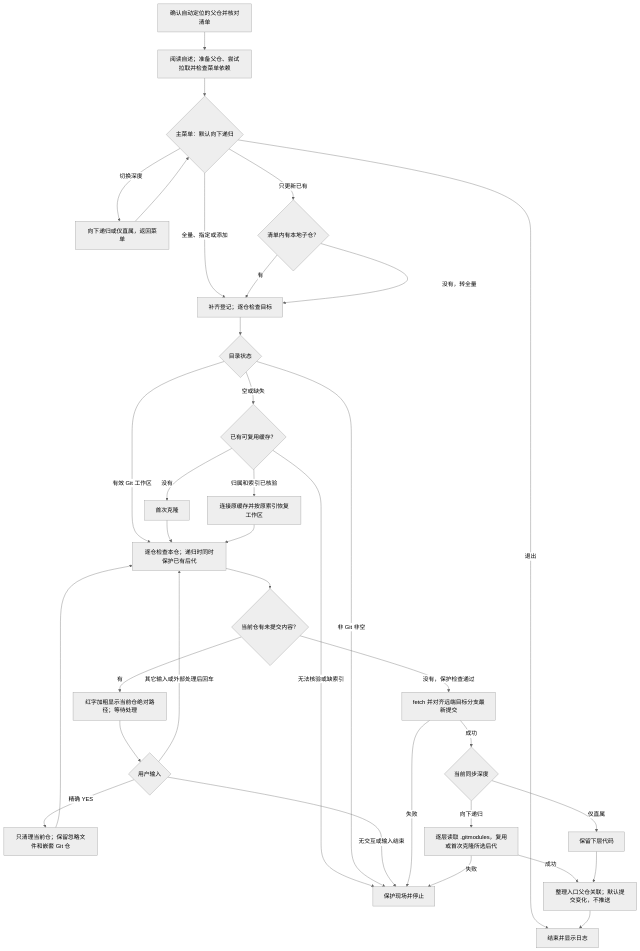
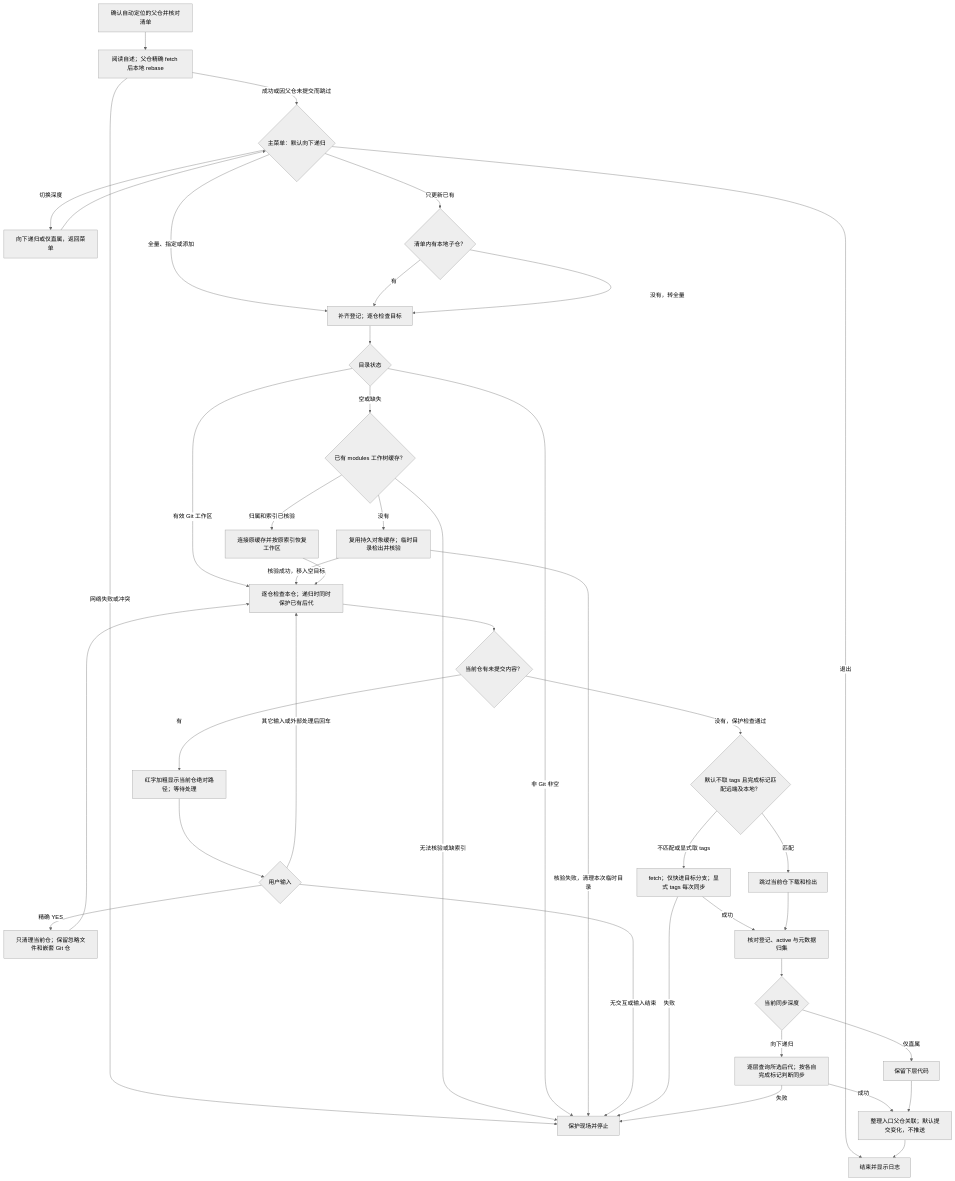
Before and after one commit to JobsKits/JobsCommand-Gits: the diagram in MacOS/【MacOS】⏬下载配置当前Git子模块（可向下同步递归）.command/README.md, drawn with Mermaid (neutral theme). The commit also changed other lines of this file and 19 other files, not shown here.

````diff
--- a/MacOS/【MacOS】⏬下载配置当前Git子模块（可向下同步递归）.command/README.md
+++ b/MacOS/【MacOS】⏬下载配置当前Git子模块（可向下同步递归）.command/README.md
@@ -237,37 +290,43 @@
 ```mermaid
 flowchart TD
-    A["确认自动定位的父仓并核对清单"] --> B["阅读自述；准备父仓、尝试拉取并检查菜单依赖"]
-    B --> C{"主菜单：默认向下递归"}
+    A["确认自动定位的父仓并核对清单"] --> B["阅读自述；父仓精确 fetch 后本地 rebase"]
+    B -->|"网络失败或冲突"| X["保护现场并停止"]
+    B -->|"成功或因父仓未提交而跳过"| C{"主菜单：默认向下递归"}
     C -->|"切换深度"| M["向下递归或仅直属，返回菜单"]
     M --> C
     C -->|"全量、指定或添加"| F["补齐登记；逐仓检查目标"]
     C -->|"只更新已有"| E{"清单内有本地子仓？"}
     E -->|"有"| F
     E -->|"没有，转全量"| F
     C -->|"退出"| Y["结束并显示日志"]
     F --> G{"目录状态"}
     G -->|"有效 Git 工作区"| N["逐仓检查本仓；递归时同时保护已有后代"]
-    G -->|"空或缺失"| R{"已有可复用缓存？"}
-    R -->|"没有"| Q["首次克隆"]
+    G -->|"空或缺失"| R{"已有 modules 工作树缓存？"}
+    R -->|"没有"| Q["复用持久对象缓存；临时目录检出并核验"]
     R -->|"归属和索引已核验"| T["连接原缓存并按原索引恢复工作区"]
-    R -->|"无法核验或缺索引"| X["保护现场并停止"]
+    R -->|"无法核验或缺索引"| X
     G -->|"非 Git 非空"| X
-    Q --> N
+    Q -->|"核验失败，清理本次临时目录"| X
+    Q -->|"核验成功，移入空目标"| N
     T --> N
     N --> O{"当前仓有未提交内容？"}
     O -->|"有"| W["红字加粗显示当前仓绝对路径；等待处理"]
     W --> U{"用户输入"}
     U -->|"精确 YES"| V["只清理当前仓；保留忽略文件和嵌套 Git 仓"]
     V --> N
     U -->|"其它输入或外部处理后回车"| N
     U -->|"无交互或输入结束"| X
-    O -->|"没有，保护检查通过"| L["fetch 并对齐远端目标分支最新提交"]
+    O -->|"没有，保护检查通过"| P{"默认不取 tags 且完成标记匹配远端及本地？"}
+    P -->|"匹配"| S["跳过当前仓下载和检出"]
+    P -->|"不匹配或显式取 tags"| L["fetch；仅快进目标分支；显式 tags 每次同步"]
     L -->|"失败"| X
-    L -->|"成功"| H{"当前同步深度"}
-    H -->|"向下递归"| J["逐层读取 .gitmodules，复用或首次克隆所选后代"]
+    L -->|"成功"| D["核对登记、active 与元数据归集"]
+    S --> D
+    D --> H{"当前同步深度"}
+    H -->|"向下递归"| J["逐层查询所选后代；按各自完成标记判断同步"]
     H -->|"仅直属"| K["保留下层代码"]
     J -->|"失败"| X
     J -->|"成功"| I["整理入口父仓关联；默认提交变化，不推送"]
     K --> I
     I --> Y
 ```
````
